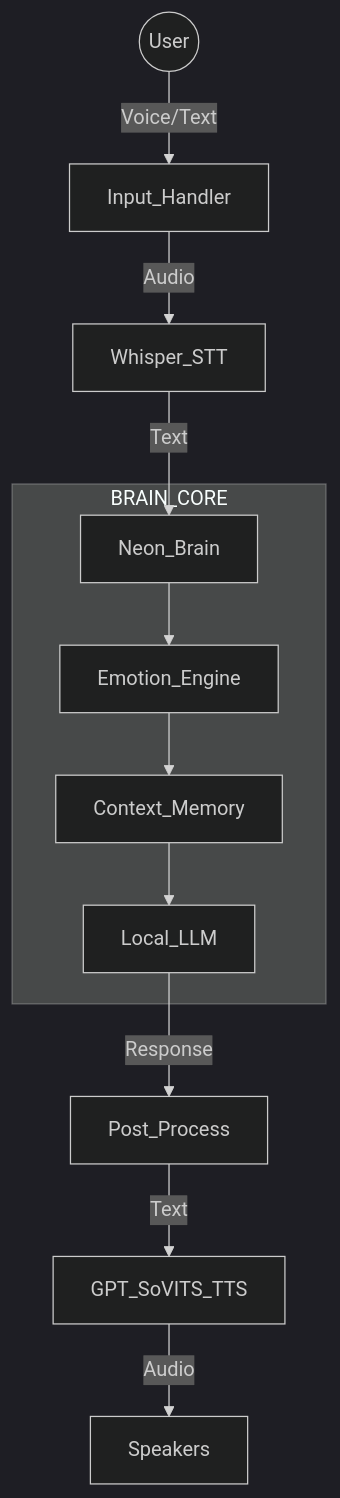
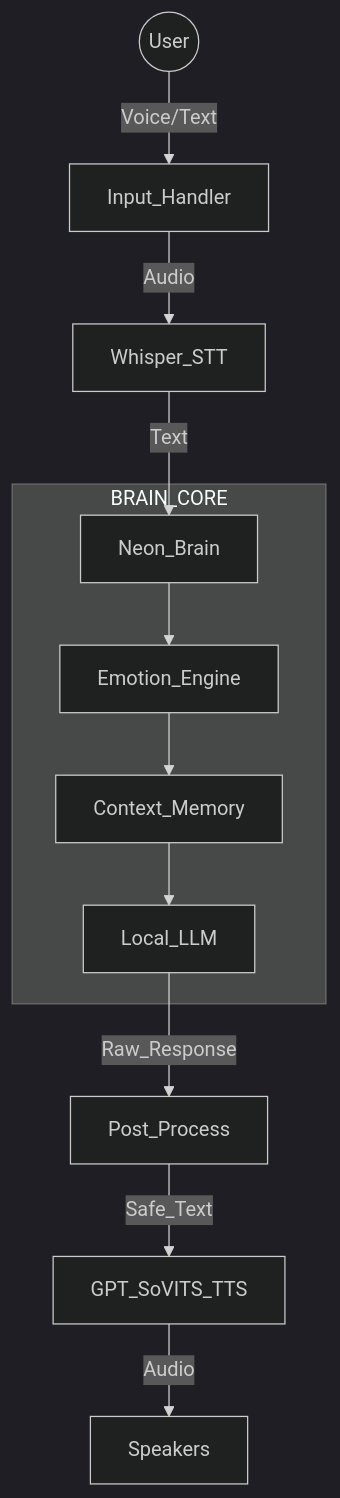
One commit to ansh2222949/Neon-AI-Voice-Companion changed the diagram in README.md. Above: the diagram before and after it, drawn with Mermaid (dark theme). The commit also changed other lines of this file, not shown here.

````diff
--- a/README.md
+++ b/README.md
@@ -62,16 +74,16 @@
 ```mermaid
 graph TD;
     User((User)) -- Voice/Text --> Input_Handler;
     Input_Handler -- Audio --> Whisper_STT;
     Whisper_STT -- Text --> Neon_Brain;
 
     subgraph BRAIN_CORE
         Neon_Brain --> Emotion_Engine;
         Emotion_Engine --> Context_Memory;
         Context_Memory --> Local_LLM;
     end
 
-    Local_LLM -- Response --> Post_Process;
-    Post_Process -- Text --> GPT_SoVITS_TTS;
+    Local_LLM -- Raw_Response --> Post_Process;
+    Post_Process -- Safe_Text --> GPT_SoVITS_TTS;
     GPT_SoVITS_TTS -- Audio --> Speakers;
 ```
````
